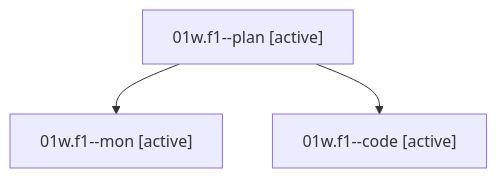
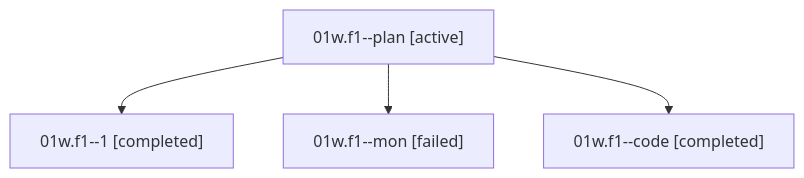
One commit to sase-org/sase--agents changed the diagram in families/bbugyi200.athena.01w.f1.md. Above: the diagram before and after it, drawn with Mermaid. The commit also changed other lines of this file and 35830 other files, not shown here.

````diff
--- a/families/bbugyi200.athena.01w.f1.md
+++ b/families/bbugyi200.athena.01w.f1.md
@@ -9,8 +9,10 @@
 ```mermaid
 flowchart TD
   n0["01w.f1--plan [active]"]
-  n1["01w.f1--mon [active]"]
+  n1["01w.f1--1 [completed]"]
   n0 --> n1
-  n2["01w.f1--code [active]"]
+  n2["01w.f1--mon [failed]"]
   n0 --> n2
+  n3["01w.f1--code [completed]"]
+  n0 --> n3
 ```
````
